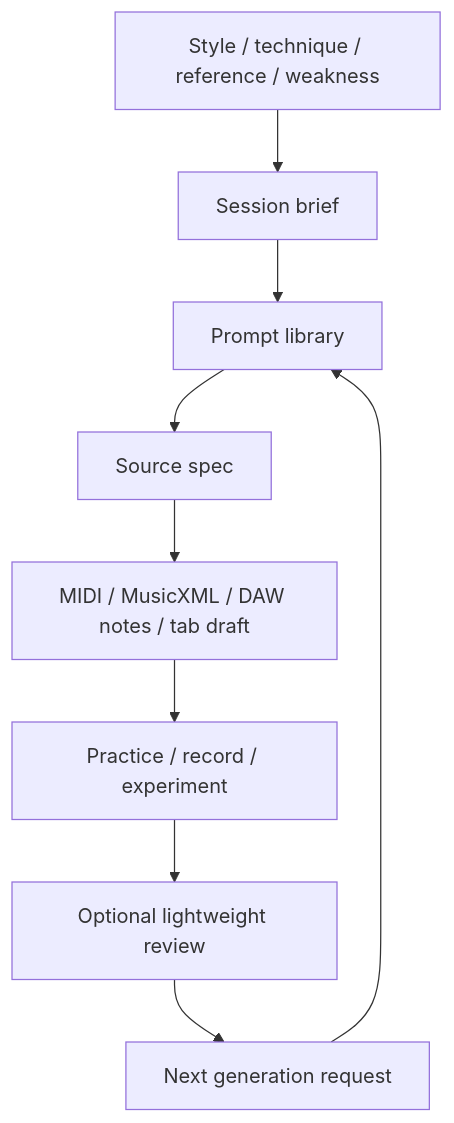
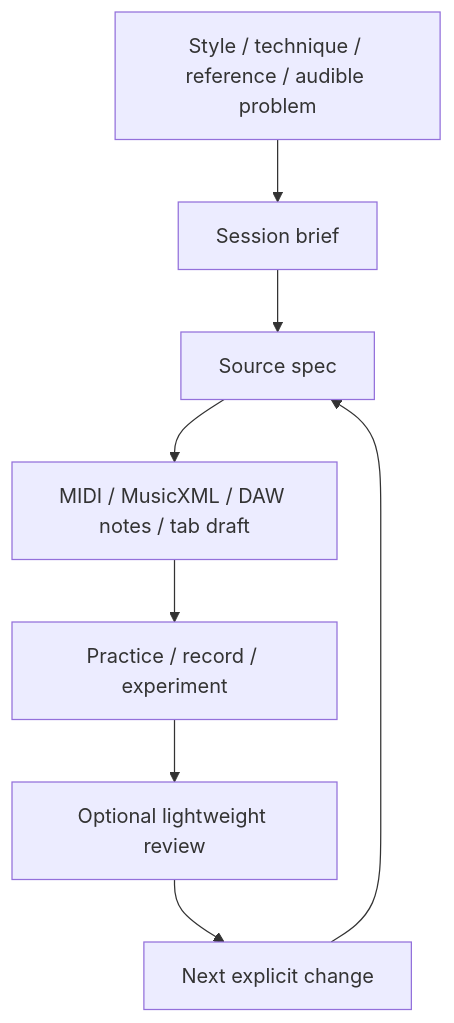
The diagram in docs/system-overview.md (ryjen/guitar-practice-system), drawn with Mermaid before and after one commit. The commit also changed other lines of this file, not shown here.

````diff
--- a/docs/system-overview.md
+++ b/docs/system-overview.md
@@ -21,11 +21,10 @@
 ```mermaid
 flowchart TD
-    Input[Style / technique / reference / weakness] --> Brief[Session brief]
-    Brief --> Prompt[Prompt library]
-    Prompt --> Spec[Source spec]
+    Input[Style / technique / reference / audible problem] --> Brief[Session brief]
+    Brief --> Spec[Source spec]
     Spec --> Export[MIDI / MusicXML / DAW notes / tab draft]
     Export --> Practice[Practice / record / experiment]
     Practice --> Review[Optional lightweight review]
-    Review --> Next[Next generation request]
-    Next --> Prompt
+    Review --> Next[Next explicit change]
+    Next --> Spec
 ```
````
